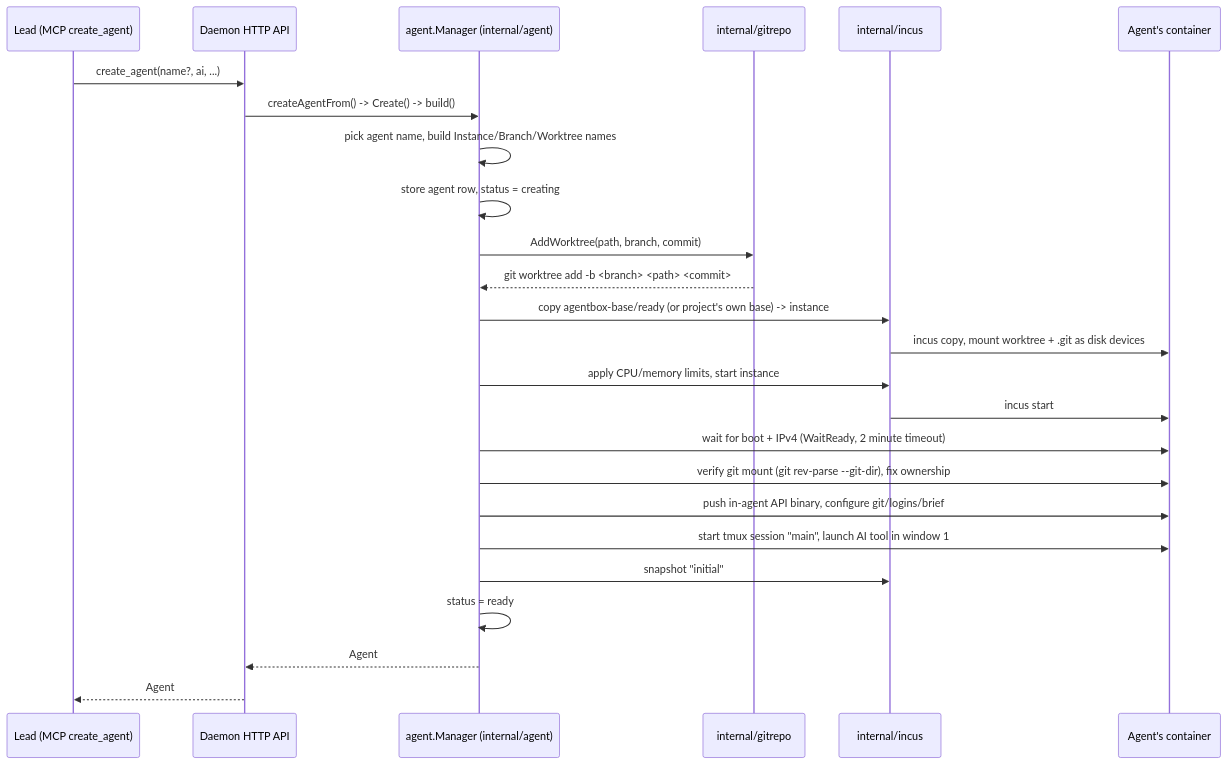
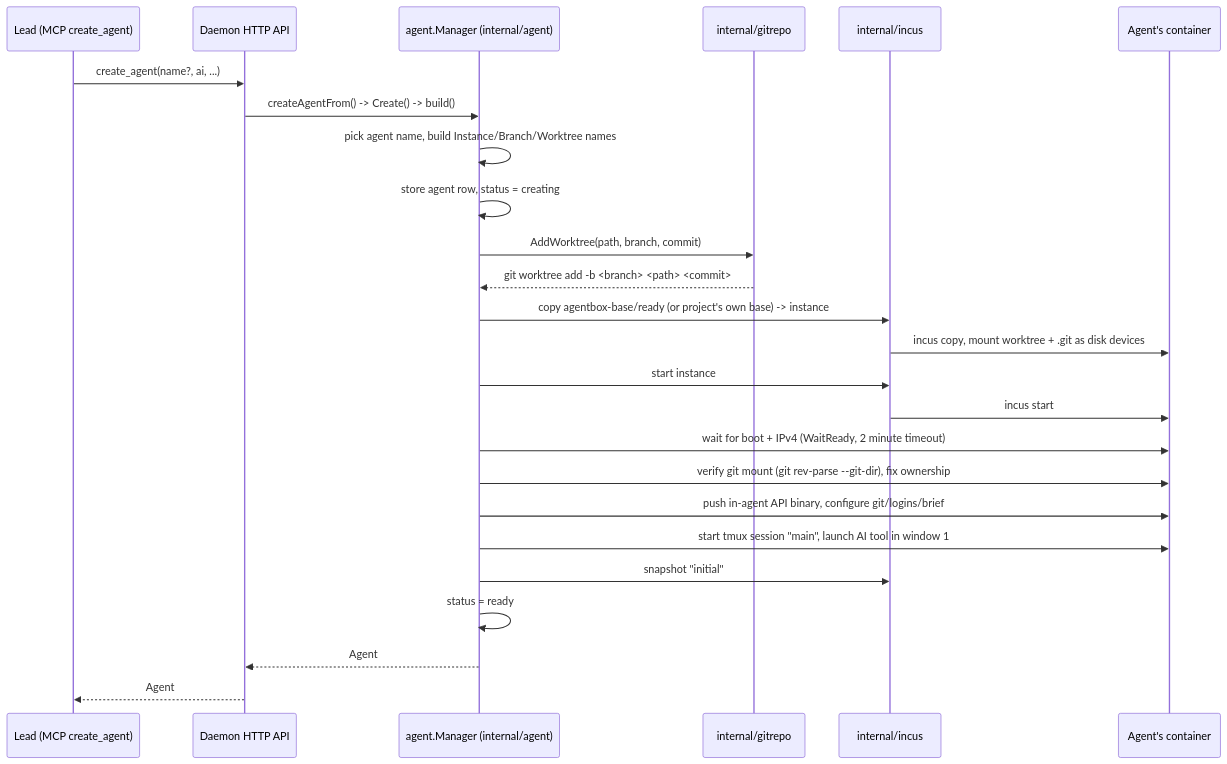
The second of 3 diagrams in docs/agent-lifecycle.md (leciric/agentbox), drawn with Mermaid before and after one commit. The commit also changed other lines of this file and 108 other files, not shown here.

First line of the commit message:
refactor: remove per-agent resource limits, the shared agent budget, "Never freeze my CPU" and "GPU for agents", now that agents always run in AgentBox's VM

````diff
--- a/docs/agent-lifecycle.md
+++ b/docs/agent-lifecycle.md
@@ -52,28 +52,28 @@
 ```mermaid
 sequenceDiagram
     participant Lead as Lead (MCP create_agent)
     participant API as Daemon HTTP API
     participant Mgr as agent.Manager (internal/agent)
     participant Git as internal/gitrepo
     participant Incus as internal/incus
     participant Container as Agent's container
 
     Lead->>API: create_agent(name?, ai, ...)
     API->>Mgr: createAgentFrom() -> Create() -> build()
     Mgr->>Mgr: pick agent name, build Instance/Branch/Worktree names
     Mgr->>Mgr: store agent row, status = creating
     Mgr->>Git: AddWorktree(path, branch, commit)
     Git-->>Mgr: git worktree add -b <branch> <path> <commit>
     Mgr->>Incus: copy agentbox-base/ready (or project's own base) -> instance
     Incus->>Container: incus copy, mount worktree + .git as disk devices
-    Mgr->>Incus: apply CPU/memory limits, start instance
+    Mgr->>Incus: start instance
     Incus->>Container: incus start
     Mgr->>Container: wait for boot + IPv4 (WaitReady, 2 minute timeout)
     Mgr->>Container: verify git mount (git rev-parse --git-dir), fix ownership
     Mgr->>Container: push in-agent API binary, configure git/logins/brief
     Mgr->>Container: start tmux session "main", launch AI tool in window 1
     Mgr->>Incus: snapshot "initial"
     Mgr->>Mgr: status = ready
     Mgr-->>API: Agent
     API-->>Lead: Agent
 ```
````
